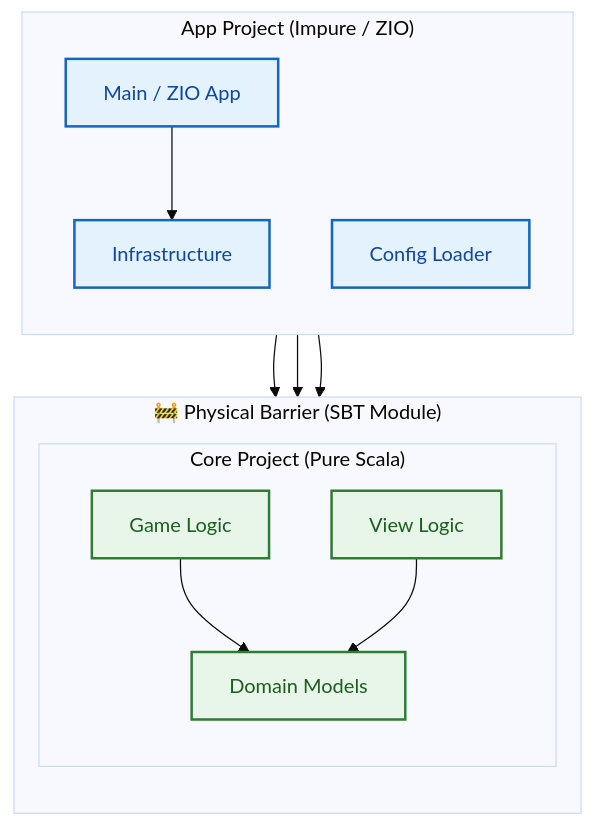
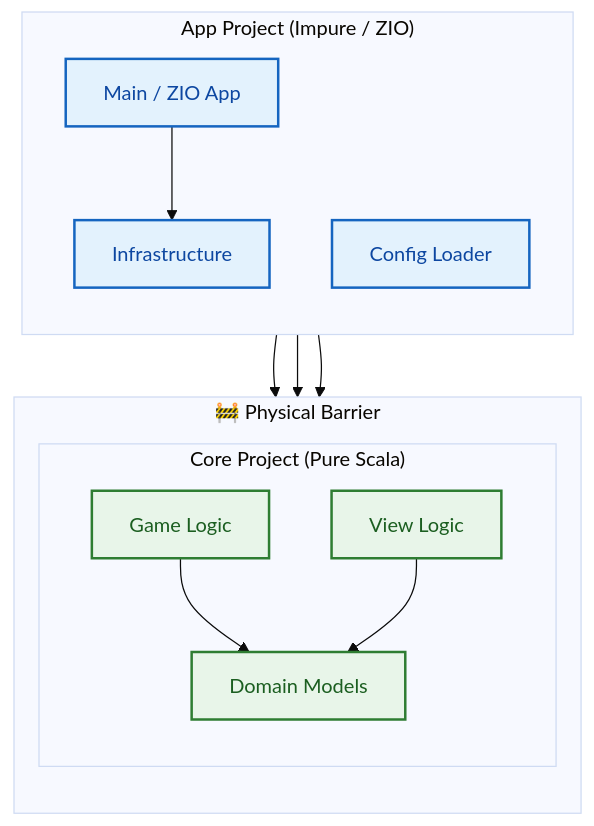
The second of 3 diagrams in README.md (fffclaypool/monadris), drawn with Mermaid (base theme) before and after one commit. The commit also changed other lines of this file and 43 other files, not shown here.

````diff
--- a/README.md
+++ b/README.md
@@ -58,30 +66,30 @@
 ```mermaid
 graph TD
     %% Styles
     classDef pure fill:#e8f5e9,stroke:#2e7d32,stroke-width:2px,color:#1b5e20;
     classDef impure fill:#e3f2fd,stroke:#1565c0,stroke-width:2px,color:#0d47a1;
     classDef boundary fill:none,stroke:#90a4ae,stroke-width:2px,stroke-dasharray: 5 5;
 
     subgraph AppProject ["App Project (Impure / ZIO)"]
         direction TB
         Main["Main / ZIO App"]:::impure
         Infra["Infrastructure"]:::impure
         ConfigLoader["Config Loader"]:::impure
     end
 
-    subgraph Boundary ["🚧 Physical Barrier (SBT Module)"]
+    subgraph Boundary ["🚧 Physical Barrier"]
         direction TB
         subgraph CoreProject ["Core Project (Pure Scala)"]
             Logic["Game Logic"]:::pure
             Domain["Domain Models"]:::pure
             View["View Logic"]:::pure
         end
     end
 
     Main --> Infra
     Infra --> Logic
     Infra --> View
     Logic --> Domain
     View --> Domain
     ConfigLoader --> Domain
 ```
````
